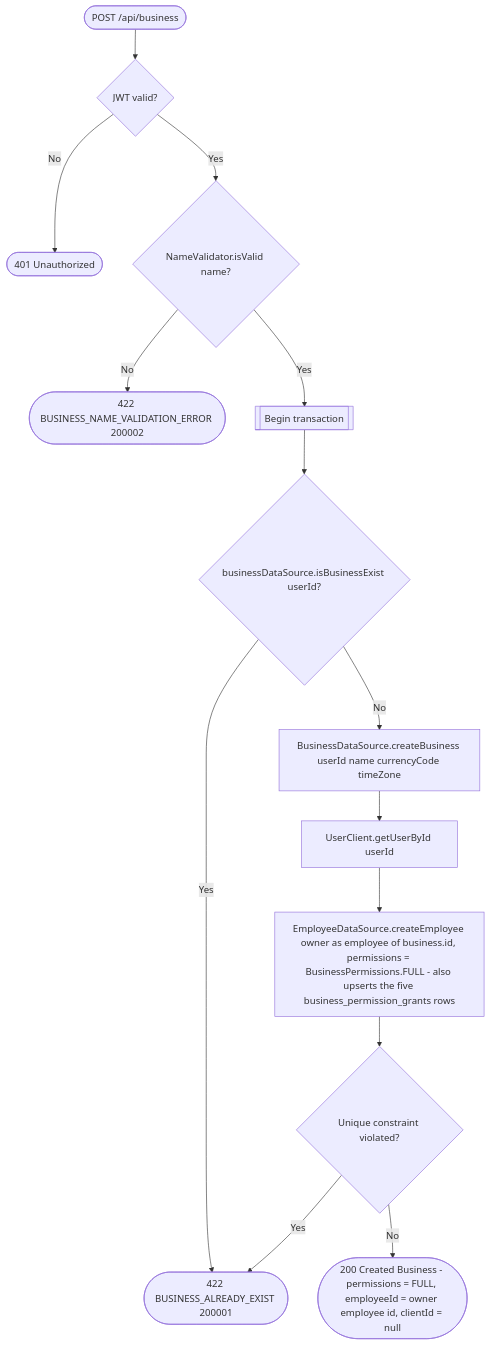
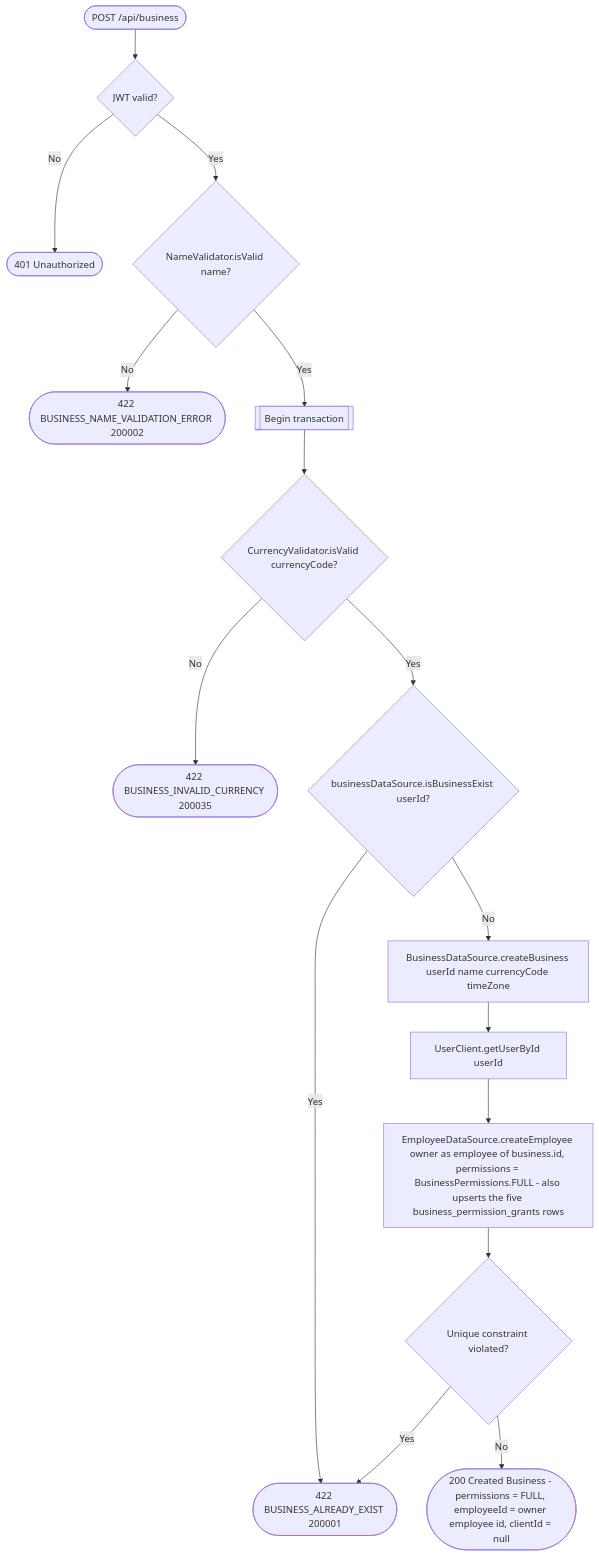
Before and after one commit to an22/bookk.me-backend: the diagram in docs/operations/business/create-business.md, drawn with Mermaid. The commit also changed 46 other files, not shown here.

Commit message:
[ISSUE-84] lock currency after service exist

````diff
--- a/docs/operations/business/create-business.md
+++ b/docs/operations/business/create-business.md
@@ -17,16 +17,18 @@
 ```mermaid
 flowchart TD
     Start([POST /api/business]) --> Auth{JWT valid?}
     Auth -- No --> R401([401 Unauthorized])
     Auth -- Yes --> NameCheck{NameValidator.isValid name?}
     NameCheck -- No --> R422a([422 BUSINESS_NAME_VALIDATION_ERROR 200002])
     NameCheck -- Yes --> Tx[[Begin transaction]]
-    Tx --> Exists{businessDataSource.isBusinessExist userId?}
+    Tx --> CurrencyCheck{CurrencyValidator.isValid currencyCode?}
+    CurrencyCheck -- No --> R422c([422 BUSINESS_INVALID_CURRENCY 200035])
+    CurrencyCheck -- Yes --> Exists{businessDataSource.isBusinessExist userId?}
     Exists -- Yes --> R422b([422 BUSINESS_ALREADY_EXIST 200001])
     Exists -- No --> Create[BusinessDataSource.createBusiness userId name currencyCode timeZone]
     Create --> ResolveOwner[UserClient.getUserById userId]
     ResolveOwner --> CreateEmployee[EmployeeDataSource.createEmployee owner as employee of business.id, permissions = BusinessPermissions.FULL - also upserts the five business_permission_grants rows]
     CreateEmployee --> Constraint{Unique constraint violated?}
     Constraint -- Yes --> R422b
     Constraint -- No --> R200([200 Created Business - permissions = FULL, employeeId = owner employee id, clientId = null])
 ```
````
